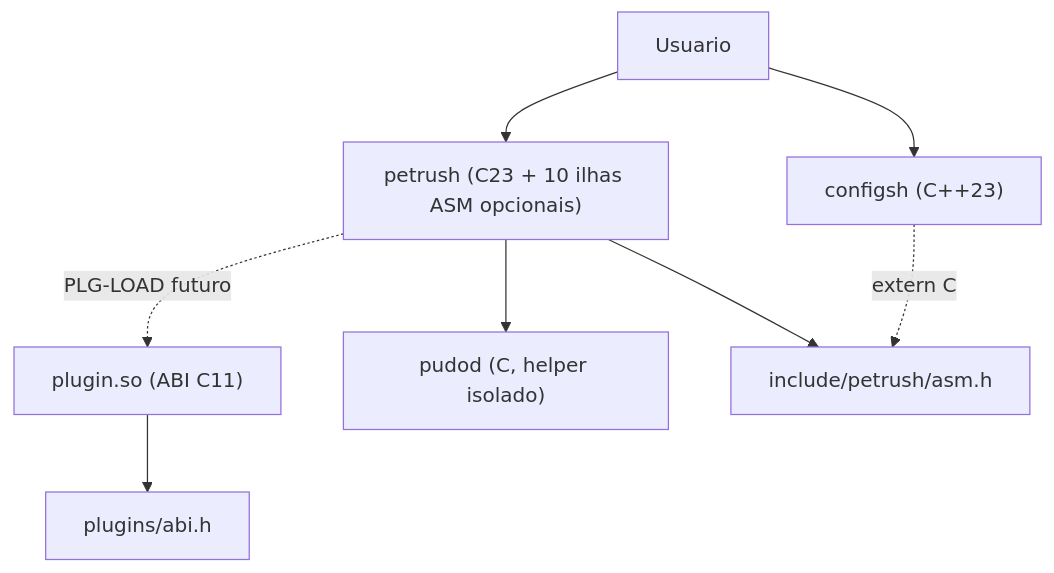
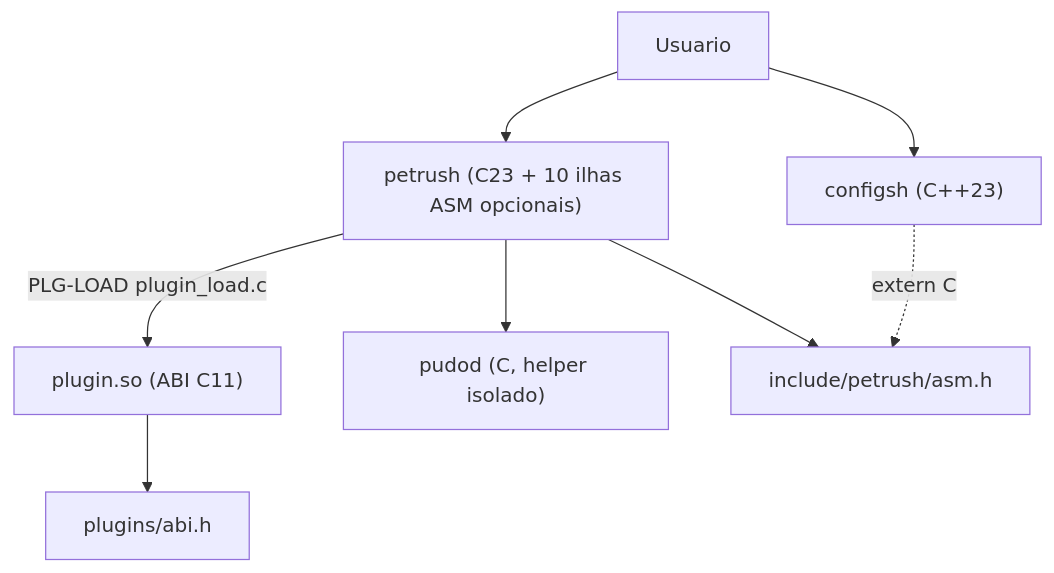
The diagram in docs/architecture.md (petrinhu/petrush), drawn with Mermaid before and after one commit. The commit also changed other lines of this file and 12 other files, not shown here.

First line of the commit message:
feat(foundation): PLG-LOAD plugin_load XDG+SHA-256+allow-list

````diff
--- a/docs/architecture.md
+++ b/docs/architecture.md
@@ -142,18 +142,18 @@
 ```mermaid
 graph TD
   user[Usuario]
   petrush["petrush (C23 + 10 ilhas ASM opcionais)"]
   configsh["configsh (C++23)"]
   plugin["plugin.so (ABI C11)"]
   pudod["pudod (C, helper isolado)"]
   asmH["include/petrush/asm.h"]
   abiH["plugins/abi.h"]
 
   user --> petrush
   user --> configsh
   petrush --> asmH
   configsh -.->|"extern C"| asmH
-  petrush -.->|"PLG-LOAD futuro"| plugin
+  petrush -->|"PLG-LOAD plugin_load.c"| plugin
   plugin --> abiH
   petrush --> pudod
 ```
````
